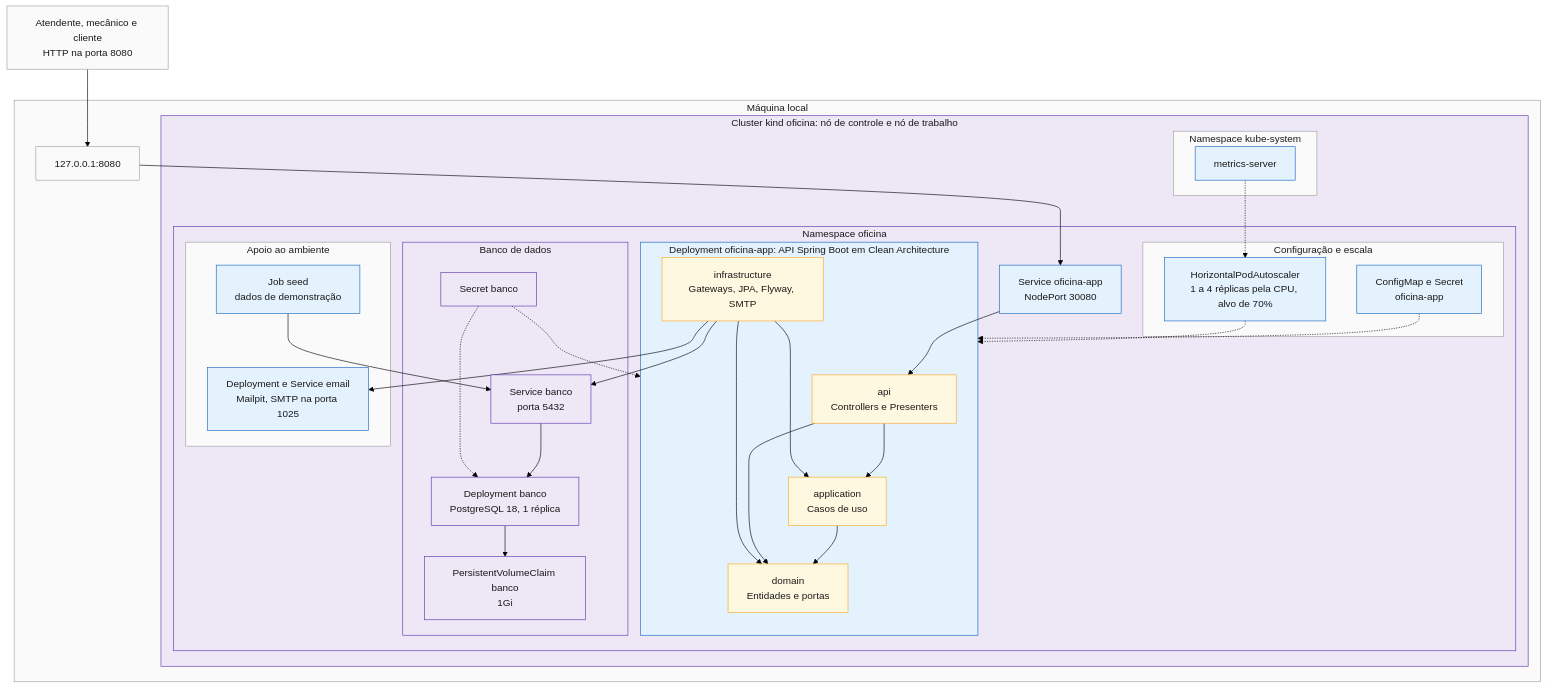
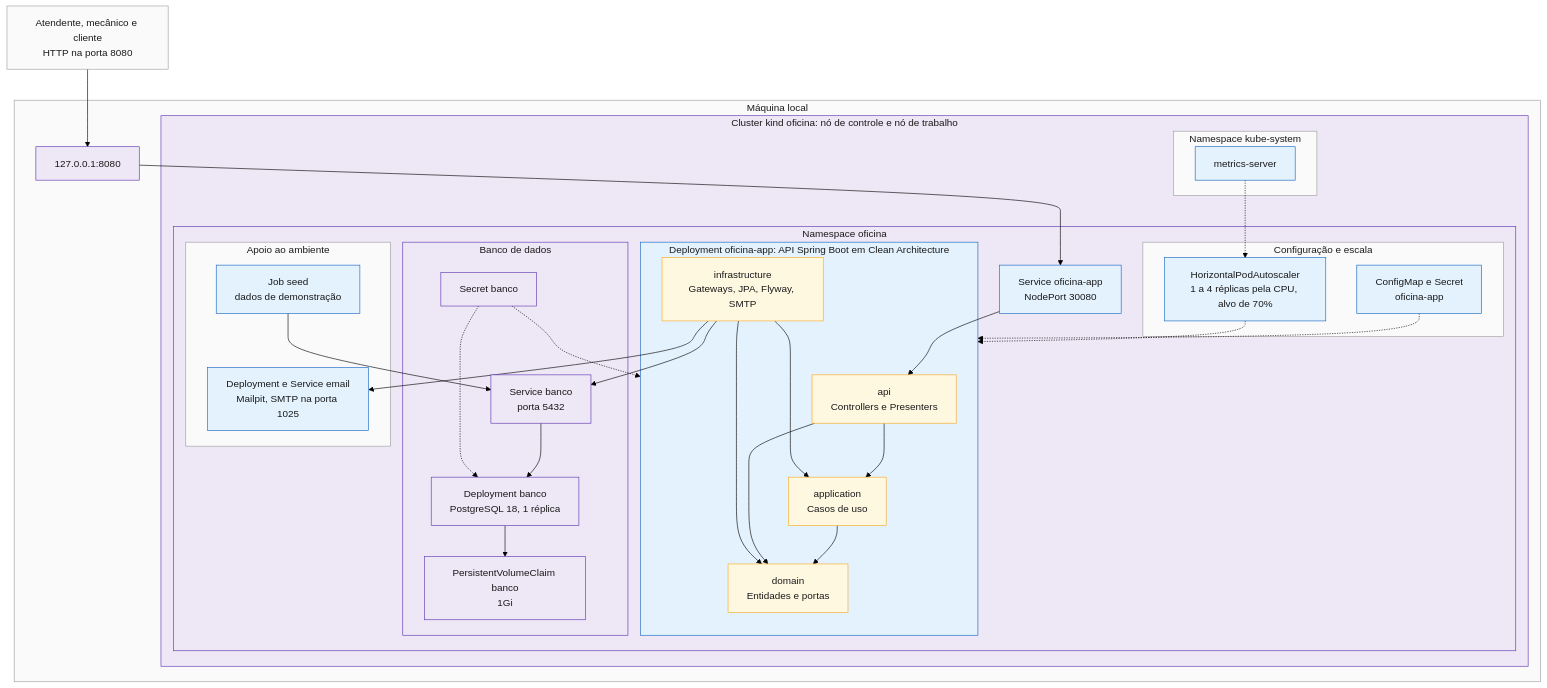
The first of 2 diagrams in README.md (paulo-juchimiuk/oficina-mecanica-api), drawn with Mermaid (forest theme) before and after one commit. The commit also changed other lines of this file, not shown here.

````diff
--- a/README.md
+++ b/README.md
@@ -50,65 +50,65 @@
 ```mermaid
 flowchart TB
     usuario["Atendente, mecânico e cliente<br/>HTTP na porta 8080"]
 
     subgraph maquina["Máquina local"]
         porta["127.0.0.1:8080"]
 
         subgraph cluster["Cluster kind oficina: nó de controle e nó de trabalho"]
 
             subgraph kubeSystem["Namespace kube-system"]
                 metrics["metrics-server"]
             end
 
             subgraph ns["Namespace oficina"]
                 svcApp["Service oficina-app<br/>NodePort 30080"]
 
                 subgraph escala["Configuração e escala"]
                     config["ConfigMap e Secret<br/>oficina-app"]
                     hpa["HorizontalPodAutoscaler<br/>1 a 4 réplicas pela CPU, alvo de 70%"]
                 end
 
                 subgraph app["Deployment oficina-app: API Spring Boot em Clean Architecture"]
                     api["api<br/>Controllers e Presenters"]
                     application["application<br/>Casos de uso"]
                     domain["domain<br/>Entidades e portas"]
                     infrastructure["infrastructure<br/>Gateways, JPA, Flyway, SMTP"]
                 end
 
                 subgraph dados["Banco de dados"]
                     secretBanco["Secret banco"]
                     svcBanco["Service banco<br/>porta 5432"]
                     banco["Deployment banco<br/>PostgreSQL 18, 1 réplica"]
                     pvc["PersistentVolumeClaim banco<br/>1Gi"]
                 end
 
                 subgraph apoio["Apoio ao ambiente"]
                     email["Deployment e Service email<br/>Mailpit, SMTP na porta 1025"]
                     seed["Job seed<br/>dados de demonstração"]
                 end
             end
         end
     end
 
     usuario --> porta --> svcApp --> api
     api --> application --> domain
     api --> domain
     infrastructure --> application
     infrastructure --> domain
     infrastructure --> svcBanco --> banco --> pvc
     infrastructure --> email
     seed --> svcBanco
     config -.-> app
     secretBanco -.-> app
     secretBanco -.-> banco
     metrics -.-> hpa -.-> app
 
     classDef terraform fill:#ede7f6,stroke:#5e35b1,color:#1a1a1a
     classDef manifesto fill:#e3f2fd,stroke:#1565c0,color:#1a1a1a
     classDef anel fill:#fff8e1,stroke:#f9a825,color:#1a1a1a
     classDef neutro fill:#fafafa,stroke:#9e9e9e,color:#1a1a1a
-    class cluster,ns,dados,secretBanco,svcBanco,banco,pvc terraform
+    class cluster,ns,dados,porta,secretBanco,svcBanco,banco,pvc terraform
     class app,svcApp,config,hpa,email,seed,metrics manifesto
     class api,application,domain,infrastructure anel
-    class maquina,kubeSystem,usuario,porta,escala,apoio neutro
+    class maquina,kubeSystem,usuario,escala,apoio neutro
 ```
````
